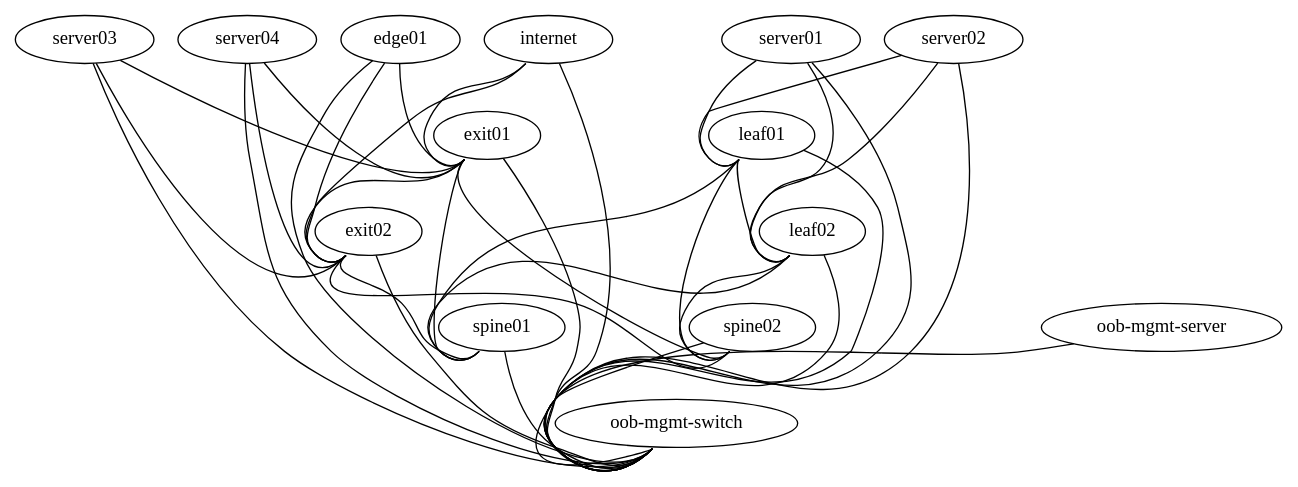
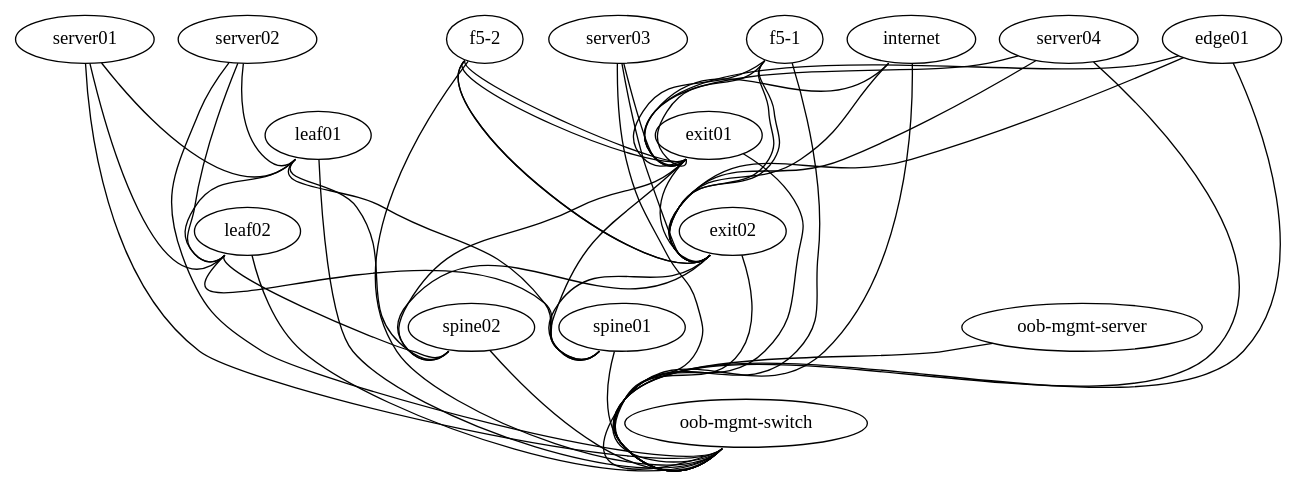
Before and after one commit to OliElli/cumulus-poc: the diagram in topology.dot, drawn with Graphviz.

Commit message:
added pretend f5s to do #outside to #inside routing for now

```diff
--- a/topology.dot
+++ b/topology.dot
@@ -1,58 +1,72 @@
 graph vx {
   "leaf01" [function="leaf" os="CumulusCommunity/cumulus-vx" version="3.7.2" memory="768" config="./helper_scripts/config_switch.sh" ]
   "leaf02" [function="leaf" os="CumulusCommunity/cumulus-vx" version="3.7.2" memory="768" config="./helper_scripts/config_switch.sh" ]
   "spine01" [function="spine" os="CumulusCommunity/cumulus-vx" version="3.7.2" memory="768" config="./helper_scripts/config_switch.sh" ]
   "spine02" [function="spine" os="CumulusCommunity/cumulus-vx" version="3.7.2" memory="768" config="./helper_scripts/config_switch.sh" ]
   "exit01" [function="exit" os="CumulusCommunity/cumulus-vx" version="3.7.2" memory="768" config="./helper_scripts/config_switch.sh" ]
   "exit02" [function="exit" os="CumulusCommunity/cumulus-vx" version="3.7.2" memory="768" config="./helper_scripts/config_switch.sh" ]
   "server01" [function="host" os="yk0/ubuntu-xenial" memory="512" config="./helper_scripts/config_server.sh" ]
   "server02" [function="host" os="yk0/ubuntu-xenial" memory="512" config="./helper_scripts/config_server.sh" ]
   "server03" [function="host" os="yk0/ubuntu-xenial" memory="512" config="./helper_scripts/config_server.sh" ]
   "server04" [function="host" os="yk0/ubuntu-xenial" memory="512" config="./helper_scripts/config_server.sh" ]
   "edge01" [function="host" os="yk0/ubuntu-xenial" memory="768" config="./helper_scripts/config_server.sh" ]
   "internet" [function="internet" vagrant="swp48" os="CumulusCommunity/cumulus-vx" version="3.7.2" memory="768" config="./helper_scripts/config_internet.sh" ]
   "oob-mgmt-switch" [function="oob-switch" vagrant="eth0" os="CumulusCommunity/cumulus-vx" version="3.7.2" memory="768" config="./helper_scripts/config_oob_switch.sh" ]
   "oob-mgmt-server" [function="oob-server" vagrant="eth0" os="CumulusCommunity/vx_oob_server" version="1.0.4" memory="1024" config="./helper_scripts/config_oob_server.sh" ]
+  "f5-1" [function="exit" os="CumulusCommunity/cumulus-vx" version="3.7.2" memory="768" config="./helper_scripts/config_switch.sh" ]
+  "f5-2" [function="exit" os="CumulusCommunity/cumulus-vx" version="3.7.2" memory="768" config="./helper_scripts/config_switch.sh" ]
 
   "leaf01":"swp56" -- "spine01":"swp1"
   "leaf02":"swp56" -- "spine01":"swp2"
   "leaf01":"swp55" -- "spine02":"swp1"
   "leaf02":"swp55" -- "spine02":"swp2"
 
   "leaf01":"swp54" -- "leaf02":"swp54"
   "exit01":"swp54" -- "exit02":"swp54"
 
   "server01":"eth1" -- "leaf01":"swp1" [left_mac="00:03:00:11:11:01"]
   "server01":"eth2" -- "leaf02":"swp1" [left_mac="00:03:00:11:11:02"]
   "server02":"eth1" -- "leaf01":"swp2" [left_mac="00:03:00:22:22:01"]
   "server02":"eth2" -- "leaf02":"swp2" [left_mac="00:03:00:22:22:02"]
   "server03":"eth1" -- "exit01":"swp5" [left_mac="00:03:00:33:33:01"]
   "server03":"eth2" -- "exit02":"swp5" [left_mac="00:03:00:33:33:02"]
   "server04":"eth1" -- "exit01":"swp6" [left_mac="00:03:00:44:44:01"]
   "server04":"eth2" -- "exit02":"swp6" [left_mac="00:03:00:44:44:02"]
 
   "exit01":"swp56" -- "spine01":"swp30"
   "exit01":"swp55" -- "spine02":"swp30"
   "exit02":"swp56" -- "spine01":"swp29"
   "exit02":"swp55" -- "spine02":"swp29"
 
   "internet":"swp1" -- "exit01":"swp1"
   "internet":"swp2" -- "exit02":"swp1"
 
   "edge01":"eth1" -- "exit01":"swp4"
   "edge01":"eth2" -- "exit02":"swp4"
 
+  "f5-1":"swp1" -- "exit01":"swp3"
+  "f5-1":"swp2" -- "exit01":"swp4"
+  "f5-1":"swp3" -- "exit02":"swp3"
+  "f5-1":"swp4" -- "exit02":"swp4"
+  
+  "f5-2":"swp1" -- "exit01":"swp5"
+  "f5-2":"swp2" -- "exit01":"swp6"
+  "f5-2":"swp3" -- "exit02":"swp5"
+  "f5-2":"swp4" -- "exit02":"swp6"
+
   "oob-mgmt-server":"eth1" -- "oob-mgmt-switch":"swp1" [right_mac="a0:00:00:00:00:61"]
   "server01":"eth0" -- "oob-mgmt-switch":"swp2" [left_mac="a0:00:00:00:00:31"]
   "server02":"eth0" -- "oob-mgmt-switch":"swp3" [left_mac="a0:00:00:00:00:32"]
   "server03":"eth0" -- "oob-mgmt-switch":"swp4" [left_mac="a0:00:00:00:00:33"]
   "server04":"eth0" -- "oob-mgmt-switch":"swp5" [left_mac="a0:00:00:00:00:34"]
   "leaf01":"eth0" -- "oob-mgmt-switch":"swp6" [left_mac="a0:00:00:00:00:11"]
   "leaf02":"eth0" -- "oob-mgmt-switch":"swp7" [left_mac="a0:00:00:00:00:12"]
   "spine01":"eth0" -- "oob-mgmt-switch":"swp10" [left_mac="a0:00:00:00:00:21"]
   "spine02":"eth0" -- "oob-mgmt-switch":"swp11" [left_mac="a0:00:00:00:00:22"]
   "exit01":"eth0" -- "oob-mgmt-switch":"swp12" [left_mac="a0:00:00:00:00:41"]
   "exit02":"eth0" -- "oob-mgmt-switch":"swp13" [left_mac="a0:00:00:00:00:42"]
   "edge01":"eth0" -- "oob-mgmt-switch":"swp14" [left_mac="a0:00:00:00:00:51"]
   "internet":"eth0" -- "oob-mgmt-switch":"swp15" [left_mac="a0:00:00:00:00:50"]
+  "f5-1":"eth0" -- "oob-mgmt-switch":"swp16" [left_mac="a0:00:00:00:00:71"]
+  "f5-2":"eth0" -- "oob-mgmt-switch":"swp16" [left_mac="a0:00:00:00:00:72"]
 }
```
